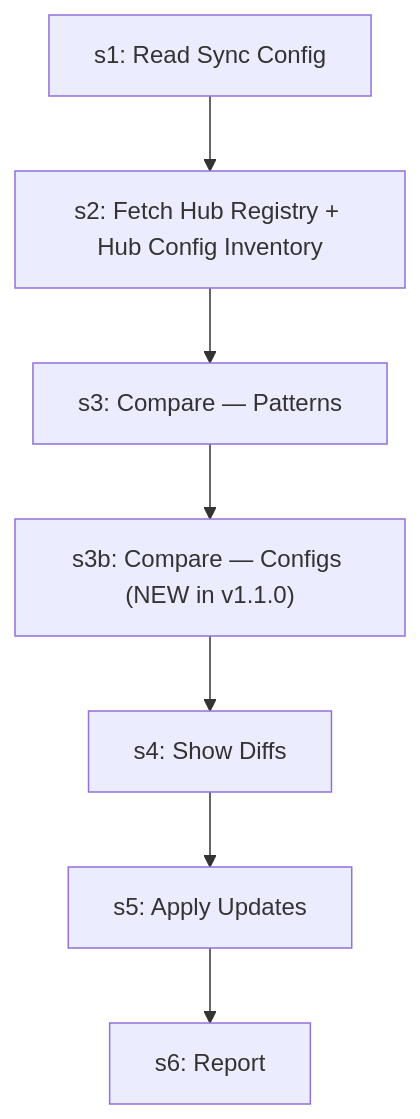
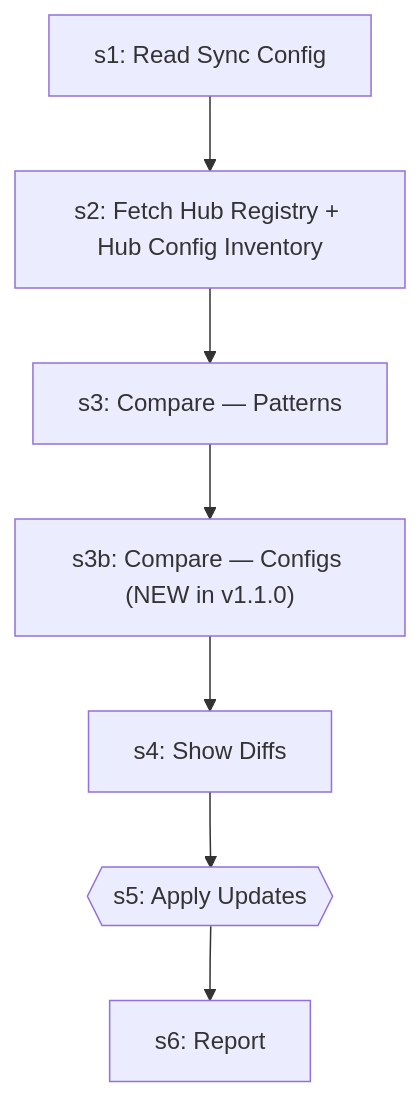
Before and after one commit to abhayla/claude-best-practices: the sixth of 6 diagrams in docs/workflows/hub-sync.md, drawn with Mermaid. The commit also changed other lines of this file and 12 other files, not shown here.

````diff
--- a/docs/workflows/hub-sync.md
+++ b/docs/workflows/hub-sync.md
@@ -286,16 +286,16 @@
 ```mermaid
 graph TD
     s1["s1: Read Sync Config"]
     s2["s2: Fetch Hub Registry + Hub Config Inventory"]
     s1 --> s2
     s3["s3: Compare — Patterns"]
     s2 --> s3
     s3b["s3b: Compare — Configs (NEW in v1.1.0)"]
     s3 --> s3b
     s4["s4: Show Diffs"]
     s3b --> s4
-    s5["s5: Apply Updates"]
+    s5{{s5: Apply Updates}}
     s4 --> s5
     s6["s6: Report"]
     s5 --> s6
 ```
````
